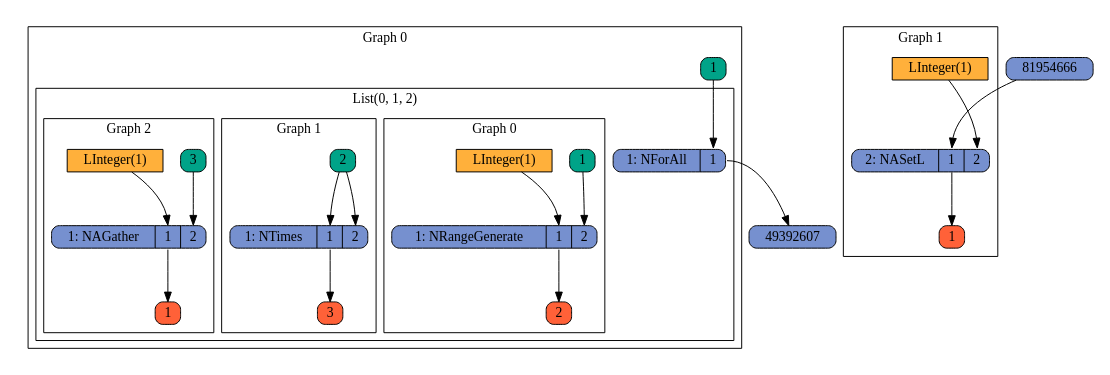
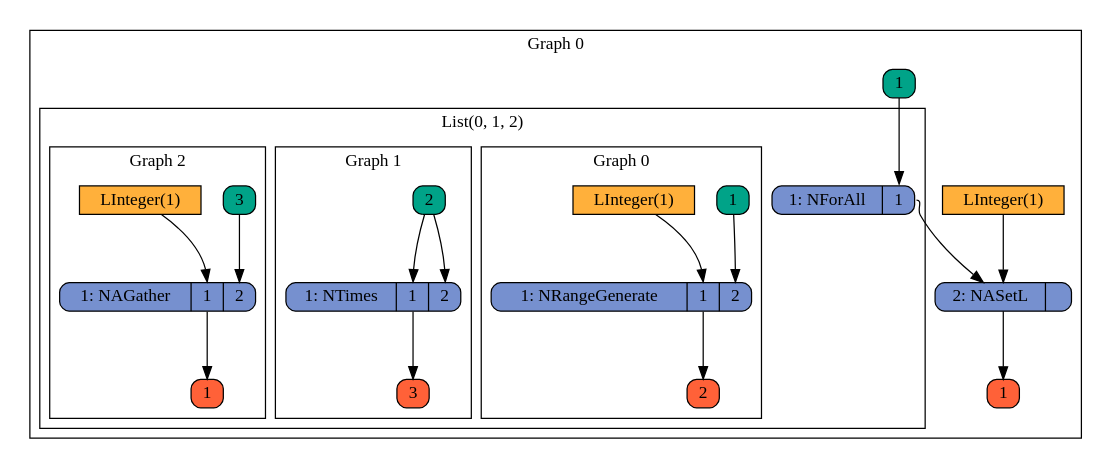
One commit to Mads-Andersen/SISAL-Interpreter changed the diagram in Graphs/Example.DOT. Above: the diagram before and after it, drawn with Graphviz. The commit also changed 1211 other files, not shown here.

```diff
--- a/Graphs/Example.DOT
+++ b/Graphs/Example.DOT
@@ -1,53 +1,49 @@
 digraph G {
 	 compound=true;
  	 node [fillcolor="#7690CF", style="rounded,filled",shape=record, height=0.2, width=0.2];
  	 ranksep=.75; size = "7.5,7.5"; 
-	 subgraph clusterGraph49390607 { 
+	 subgraph clusterGraph47170360 { 
  	 label="Graph 0" 
-	 subgraph clusterCNode87093682 { 
+	 subgraph clusterCNode90911460 { 
  		 label="List(0, 1, 2)"; 
- 		 87093682 [label="1: NForAll|<1>1"]; 
- 		 subgraph clusterGraph6144750 { 
+ 		 90911460 [label="1: NForAll|<1>1"]; 
+ 		 subgraph clusterGraph98924060 { 
  		 label="Graph 0" 
-		 14547795 [label="1: NRangeGenerate|<1>1 |<2>2"];
-		 48393487 [label="LInteger(1)", fillcolor="#FFB03B", style="filled"];
-		 6145750 [label="<1>1", fillcolor="#00A388"]
-		 6146750 [label="<2>2", fillcolor="#FF6138"]
+		 34801755 [label="1: NRangeGenerate|<1>1 |<2>2"];
+		 20102136 [label="LInteger(1)", fillcolor="#FFB03B", style="filled"];
+		 98925060 [label="<1>1", fillcolor="#00A388"]
+		 98926060 [label="<2>2", fillcolor="#FF6138"]
 		 }
-		 subgraph clusterGraph88214715 { 
+		 subgraph clusterGraph87635728 { 
  		 label="Graph 1" 
-		 12950979 [label="1: NTimes|<1>1 |<2>2"];
-		 88215715 [label="<2>2", fillcolor="#00A388"]
-		 88216715 [label="<3>3", fillcolor="#FF6138"]
+		 78833542 [label="1: NTimes|<1>1 |<2>2"];
+		 87636728 [label="<2>2", fillcolor="#00A388"]
+		 87637728 [label="<3>3", fillcolor="#FF6138"]
 		 }
-		 subgraph clusterGraph10759502 { 
+		 subgraph clusterGraph23627825 { 
  		 label="Graph 2" 
-		 11654785 [label="1: NAGather|<1>1 |<2>2"];
-		 77948727 [label="LInteger(1)", fillcolor="#FFB03B", style="filled"];
-		 10760502 [label="<3>3", fillcolor="#00A388"]
-		 10761502 [label="<1>1", fillcolor="#FF6138"]
+		 44375955 [label="1: NAGather|<1>1 |<2>2"];
+		 98400082 [label="LInteger(1)", fillcolor="#FFB03B", style="filled"];
+		 23628825 [label="<3>3", fillcolor="#00A388"]
+		 23629825 [label="<1>1", fillcolor="#FF6138"]
 		 }
  	 }
- 	 49391607 [label="<1>1", fillcolor="#00A388"]
+ 	 93315917 [label="2: NASetL|"];
+	 52861199 [label="LInteger(1)", fillcolor="#FFB03B", style="filled"];
+	 47171360 [label="<1>1", fillcolor="#00A388"]
+	 47172360 [label="<1>1", fillcolor="#FF6138"]
 	 }
-	 subgraph clusterGraph81953666 { 
- 	 label="Graph 1" 
-	 15496787 [label="2: NASetL|<1>1 |<2>2"];
-	 56280116 [label="LInteger(1)", fillcolor="#FFB03B", style="filled"];
-	 81955666 [label="<1>1", fillcolor="#FF6138"]
-	 }
-	 49391607:1->87093682:1;
-	 87093682:1->49392607:1;
-	 48393487->14547795:1;
-	 6145750:1->14547795:2;
-	 14547795:1->6146750:2;
-	 88215715:2->12950979:1;
-	 88215715:2->12950979:2;
-	 12950979:1->88216715:3;
-	 77948727->11654785:1;
-	 10760502:3->11654785:2;
-	 11654785:1->10761502:1;
-	 81954666:1->15496787:1;
-	 56280116->15496787:2;
-	 15496787:1->81955666:1;
+	 47171360:1->90911460:1;
+	 90911460:1->93315917:1;
+	 52861199->93315917:2;
+	 93315917:1->47172360:1;
+	 20102136->34801755:1;
+	 98925060:1->34801755:2;
+	 34801755:1->98926060:2;
+	 87636728:2->78833542:1;
+	 87636728:2->78833542:2;
+	 78833542:1->87637728:3;
+	 98400082->44375955:1;
+	 23628825:3->44375955:2;
+	 44375955:1->23629825:1;
 }
```
